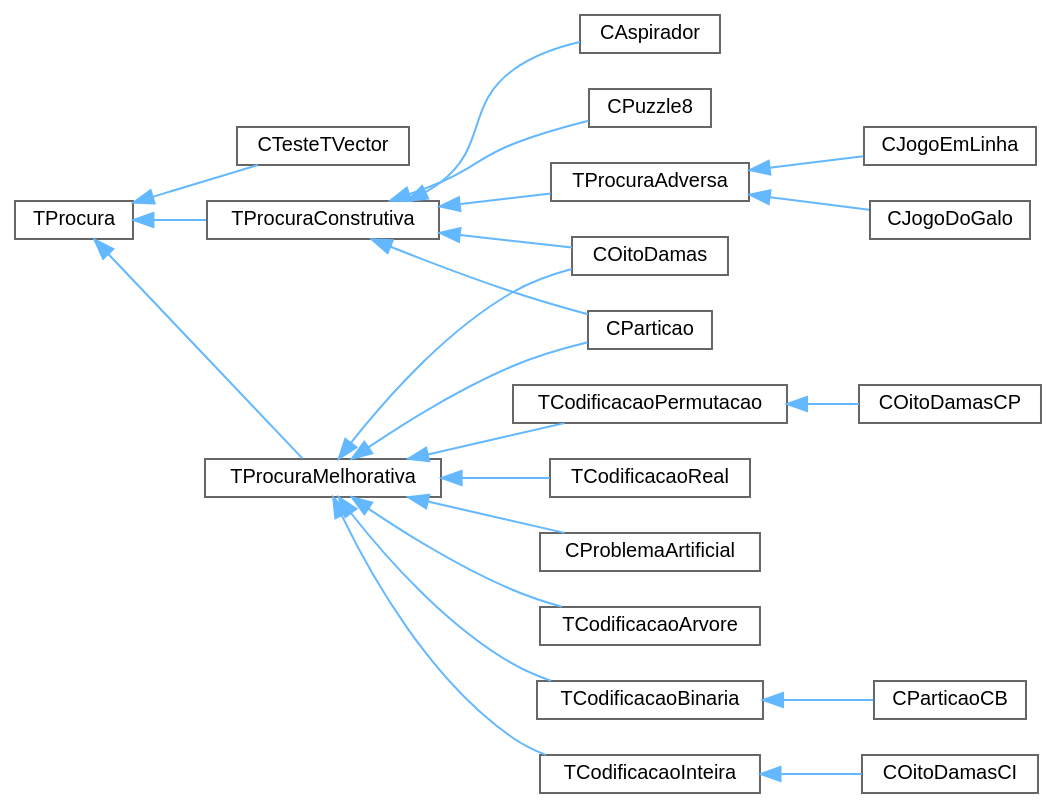
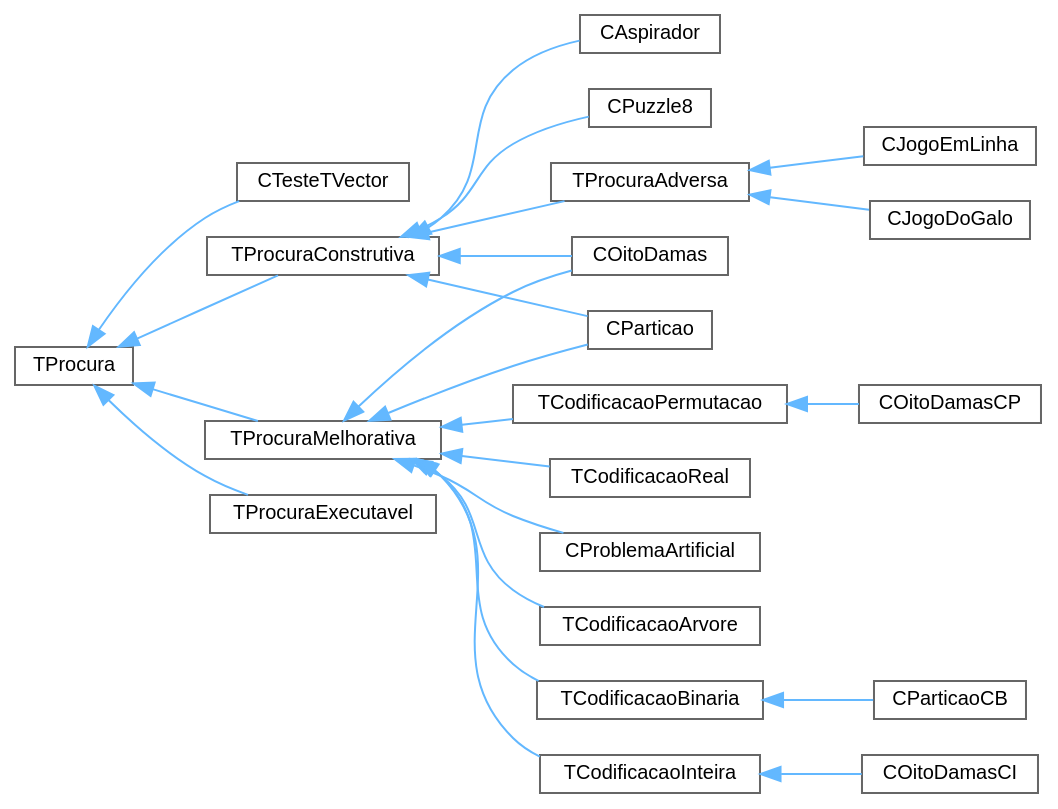
Before and after one commit to jcoelho72/TProcura: the diagram in inherit_graph_10.dot, drawn with Graphviz. The commit also changed 145 other files, not shown here.

```diff
--- a/inherit_graph_10.dot
+++ b/inherit_graph_10.dot
@@ -1,49 +1,51 @@
 digraph "Graphical Class Hierarchy"
 {
  // LATEX_PDF_SIZE
   bgcolor="transparent";
   edge [fontname=Helvetica,fontsize=10,labelfontname=Helvetica,labelfontsize=10];
   node [fontname=Helvetica,fontsize=10,shape=box,height=0.2,width=0.4];
   rankdir="LR";
   Node0 [id="Node000000",label="TProcura",height=0.2,width=0.4,color="grey40", fillcolor="white", style="filled",URL="$classTProcura.html",tooltip="Classe base para todas as procuras."];
   Node0 -> Node1 [id="edge1_Node000000_Node000001",dir="back",color="steelblue1",style="solid",tooltip=" "];
   Node1 [id="Node000001",label="CTesteTVector",height=0.2,width=0.4,color="grey40", fillcolor="white", style="filled",URL="$classCTesteTVector.html",tooltip="Classe de teste para TVector, integrada na framework TProcura."];
   Node0 -> Node2 [id="edge2_Node000000_Node000002",dir="back",color="steelblue1",style="solid",tooltip=" "];
   Node2 [id="Node000002",label="TProcuraConstrutiva",height=0.2,width=0.4,color="grey40", fillcolor="white", style="filled",URL="$classTProcuraConstrutiva.html",tooltip="Representa um estado no espaço de estados."];
   Node2 -> Node3 [id="edge3_Node000002_Node000003",dir="back",color="steelblue1",style="solid",tooltip=" "];
   Node3 [id="Node000003",label="CAspirador",height=0.2,width=0.4,color="grey40", fillcolor="white", style="filled",URL="$classCAspirador.html",tooltip="Representa um estado no problema do Aspirador."];
   Node2 -> Node4 [id="edge4_Node000002_Node000004",dir="back",color="steelblue1",style="solid",tooltip=" "];
   Node4 [id="Node000004",label="COitoDamas",height=0.2,width=0.4,color="grey40", fillcolor="white", style="filled",URL="$classCOitoDamas.html",tooltip="Representa um estado do problema das 8 damas."];
   Node2 -> Node6 [id="edge5_Node000002_Node000006",dir="back",color="steelblue1",style="solid",tooltip=" "];
   Node6 [id="Node000006",label="CParticao",height=0.2,width=0.4,color="grey40", fillcolor="white", style="filled",URL="$classCParticao.html",tooltip="Representa um estado do problema da partição."];
   Node2 -> Node16 [id="edge6_Node000002_Node000016",dir="back",color="steelblue1",style="solid",tooltip=" "];
   Node16 [id="Node000016",label="CPuzzle8",height=0.2,width=0.4,color="grey40", fillcolor="white", style="filled",URL="$classCPuzzle8.html",tooltip="Representa um estado do puzzle 8."];
   Node2 -> Node17 [id="edge7_Node000002_Node000017",dir="back",color="steelblue1",style="solid",tooltip=" "];
   Node17 [id="Node000017",label="TProcuraAdversa",height=0.2,width=0.4,color="grey40", fillcolor="white", style="filled",URL="$classTProcuraAdversa.html",tooltip="Representa um estado no espaço de estados."];
   Node17 -> Node18 [id="edge8_Node000017_Node000018",dir="back",color="steelblue1",style="solid",tooltip=" "];
   Node18 [id="Node000018",label="CJogoDoGalo",height=0.2,width=0.4,color="grey40", fillcolor="white", style="filled",URL="$classCJogoDoGalo.html",tooltip=" "];
   Node17 -> Node19 [id="edge9_Node000017_Node000019",dir="back",color="steelblue1",style="solid",tooltip=" "];
   Node19 [id="Node000019",label="CJogoEmLinha",height=0.2,width=0.4,color="grey40", fillcolor="white", style="filled",URL="$classCJogoEmLinha.html",tooltip=" "];
-  Node0 -> Node5 [id="edge10_Node000000_Node000005",dir="back",color="steelblue1",style="solid",tooltip=" "];
+  Node0 -> Node20 [id="edge10_Node000000_Node000020",dir="back",color="steelblue1",style="solid",tooltip=" "];
+  Node20 [id="Node000020",label="TProcuraExecutavel",height=0.2,width=0.4,color="grey40", fillcolor="white", style="filled",URL="$classTProcuraExecutavel.html",tooltip="Classe para utilizar TProcura em binários externos."];
+  Node0 -> Node5 [id="edge11_Node000000_Node000005",dir="back",color="steelblue1",style="solid",tooltip=" "];
   Node5 [id="Node000005",label="TProcuraMelhorativa",height=0.2,width=0.4,color="grey40", fillcolor="white", style="filled",URL="$classTProcuraMelhorativa.html",tooltip=" "];
-  Node5 -> Node4 [id="edge11_Node000005_Node000004",dir="back",color="steelblue1",style="solid",tooltip=" "];
-  Node5 -> Node6 [id="edge12_Node000005_Node000006",dir="back",color="steelblue1",style="solid",tooltip=" "];
-  Node5 -> Node7 [id="edge13_Node000005_Node000007",dir="back",color="steelblue1",style="solid",tooltip=" "];
+  Node5 -> Node4 [id="edge12_Node000005_Node000004",dir="back",color="steelblue1",style="solid",tooltip=" "];
+  Node5 -> Node6 [id="edge13_Node000005_Node000006",dir="back",color="steelblue1",style="solid",tooltip=" "];
+  Node5 -> Node7 [id="edge14_Node000005_Node000007",dir="back",color="steelblue1",style="solid",tooltip=" "];
   Node7 [id="Node000007",label="CProblemaArtificial",height=0.2,width=0.4,color="grey40", fillcolor="white", style="filled",URL="$classCProblemaArtificial.html",tooltip="Representa um estado num problema artificial."];
-  Node5 -> Node8 [id="edge14_Node000005_Node000008",dir="back",color="steelblue1",style="solid",tooltip=" "];
+  Node5 -> Node8 [id="edge15_Node000005_Node000008",dir="back",color="steelblue1",style="solid",tooltip=" "];
   Node8 [id="Node000008",label="TCodificacaoArvore",height=0.2,width=0.4,color="grey40", fillcolor="white", style="filled",URL="$classTCodificacaoArvore.html",tooltip=" "];
-  Node5 -> Node9 [id="edge15_Node000005_Node000009",dir="back",color="steelblue1",style="solid",tooltip=" "];
+  Node5 -> Node9 [id="edge16_Node000005_Node000009",dir="back",color="steelblue1",style="solid",tooltip=" "];
   Node9 [id="Node000009",label="TCodificacaoBinaria",height=0.2,width=0.4,color="grey40", fillcolor="white", style="filled",URL="$classTCodificacaoBinaria.html",tooltip=" "];
-  Node9 -> Node10 [id="edge16_Node000009_Node000010",dir="back",color="steelblue1",style="solid",tooltip=" "];
+  Node9 -> Node10 [id="edge17_Node000009_Node000010",dir="back",color="steelblue1",style="solid",tooltip=" "];
   Node10 [id="Node000010",label="CParticaoCB",height=0.2,width=0.4,color="grey40", fillcolor="white", style="filled",URL="$classCParticaoCB.html",tooltip=" "];
-  Node5 -> Node11 [id="edge17_Node000005_Node000011",dir="back",color="steelblue1",style="solid",tooltip=" "];
+  Node5 -> Node11 [id="edge18_Node000005_Node000011",dir="back",color="steelblue1",style="solid",tooltip=" "];
   Node11 [id="Node000011",label="TCodificacaoInteira",height=0.2,width=0.4,color="grey40", fillcolor="white", style="filled",URL="$classTCodificacaoInteira.html",tooltip=" "];
-  Node11 -> Node12 [id="edge18_Node000011_Node000012",dir="back",color="steelblue1",style="solid",tooltip=" "];
+  Node11 -> Node12 [id="edge19_Node000011_Node000012",dir="back",color="steelblue1",style="solid",tooltip=" "];
   Node12 [id="Node000012",label="COitoDamasCI",height=0.2,width=0.4,color="grey40", fillcolor="white", style="filled",URL="$classCOitoDamasCI.html",tooltip=" "];
-  Node5 -> Node13 [id="edge19_Node000005_Node000013",dir="back",color="steelblue1",style="solid",tooltip=" "];
+  Node5 -> Node13 [id="edge20_Node000005_Node000013",dir="back",color="steelblue1",style="solid",tooltip=" "];
   Node13 [id="Node000013",label="TCodificacaoPermutacao",height=0.2,width=0.4,color="grey40", fillcolor="white", style="filled",URL="$classTCodificacaoPermutacao.html",tooltip=" "];
-  Node13 -> Node14 [id="edge20_Node000013_Node000014",dir="back",color="steelblue1",style="solid",tooltip=" "];
+  Node13 -> Node14 [id="edge21_Node000013_Node000014",dir="back",color="steelblue1",style="solid",tooltip=" "];
   Node14 [id="Node000014",label="COitoDamasCP",height=0.2,width=0.4,color="grey40", fillcolor="white", style="filled",URL="$classCOitoDamasCP.html",tooltip=" "];
-  Node5 -> Node15 [id="edge21_Node000005_Node000015",dir="back",color="steelblue1",style="solid",tooltip=" "];
+  Node5 -> Node15 [id="edge22_Node000005_Node000015",dir="back",color="steelblue1",style="solid",tooltip=" "];
   Node15 [id="Node000015",label="TCodificacaoReal",height=0.2,width=0.4,color="grey40", fillcolor="white", style="filled",URL="$classTCodificacaoReal.html",tooltip=" "];
 }
```
